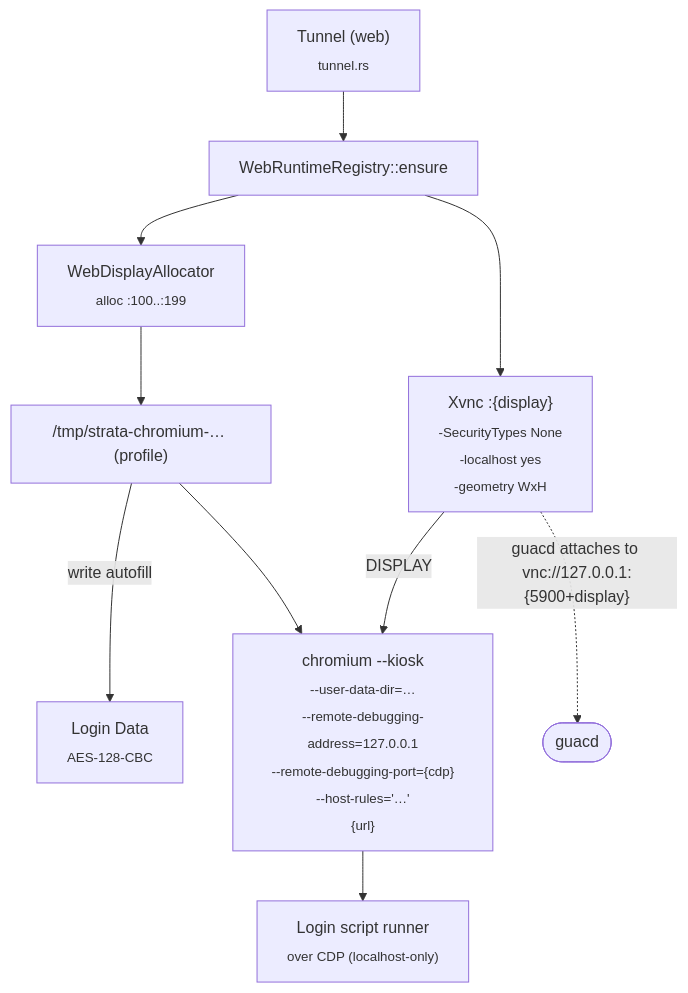
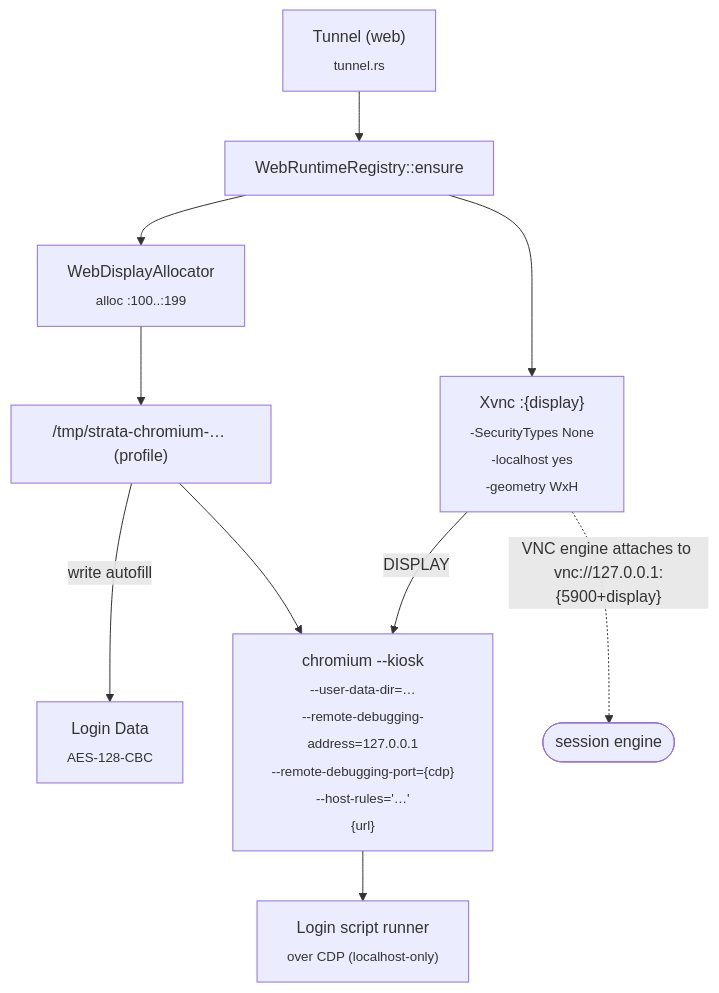
Before and after one commit to Bails309/strata-client: the seventh of 8 diagrams in docs/architecture.md, drawn with Mermaid. The commit also changed other lines of this file and 167 other files, not shown here.

````diff
--- a/docs/architecture.md
+++ b/docs/architecture.md
@@ -1943,13 +2039,13 @@
 ```mermaid
 flowchart TB
     Tunnel["Tunnel (web)<br/><sub>tunnel.rs</sub>"]
     Tunnel --> Ensure["WebRuntimeRegistry::ensure"]
     Ensure --> Alloc["WebDisplayAllocator<br/><sub>alloc :100..:199</sub>"]
     Alloc --> Profile["/tmp/strata-chromium-… (profile)"]
     Profile -->|"write autofill"| LoginData["Login Data<br/><sub>AES-128-CBC</sub>"]
     Ensure --> Xvnc["Xvnc :{display}<br/><sub>-SecurityTypes None<br/>-localhost yes<br/>-geometry WxH</sub>"]
     Xvnc -->|DISPLAY| Chromium["chromium --kiosk<br/><sub>--user-data-dir=…<br/>--remote-debugging-address=127.0.0.1<br/>--remote-debugging-port={cdp}<br/>--host-rules='…'<br/>{url}</sub>"]
     Profile --> Chromium
     Chromium --> CDP["Login script runner<br/><sub>over CDP (localhost-only)</sub>"]
-    Xvnc -.->|"guacd attaches to vnc://127.0.0.1:{5900+display}"| Guacd([guacd])
+    Xvnc -.->|"VNC engine attaches to vnc://127.0.0.1:{5900+display}"| Engine([session engine])
 ```
````
